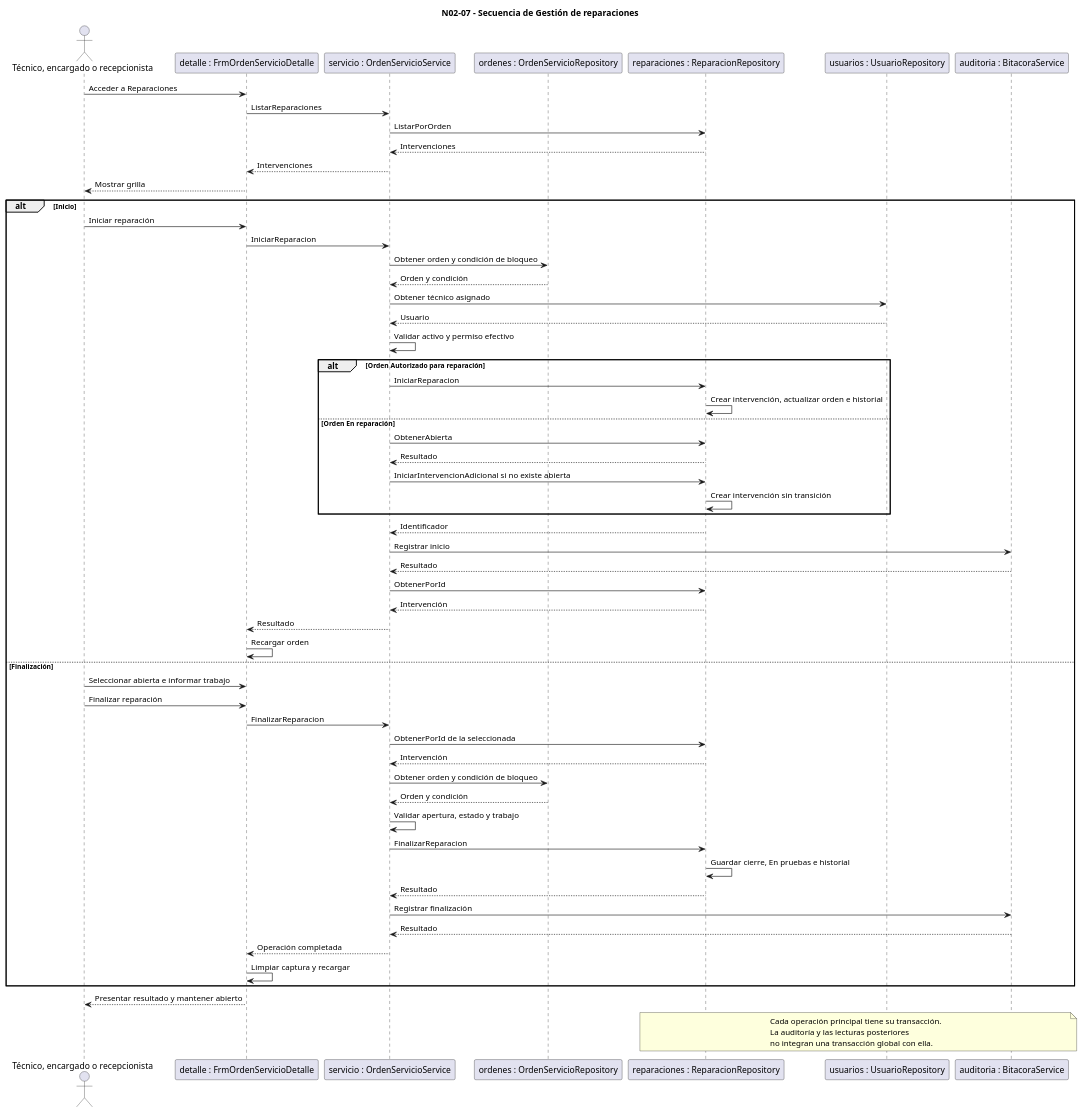
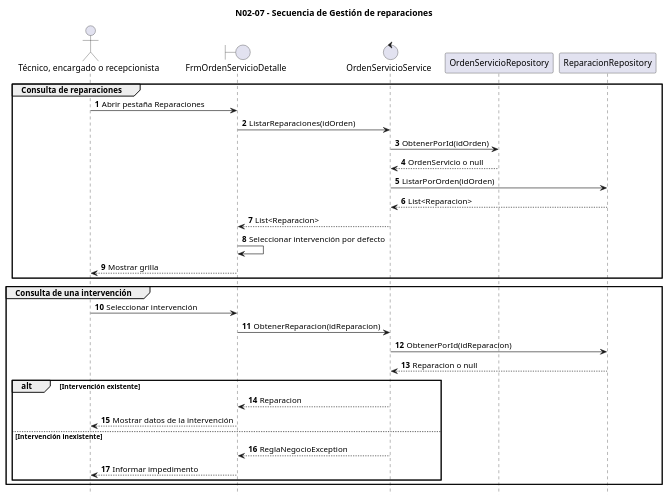
The diagram in diagrams/N/N07-gestionar-reparaciones/N02-secuencia.puml (alejoDiDiego/trabajo-diploma-servicio-tecnico), drawn with PlantUML before and after one commit. The commit also changed 156 other files, not shown here.

Commit message:
feat: completar tercera entrega con backups, ayuda y diagramas

```diff
--- a/diagrams/N/N07-gestionar-reparaciones/N02-secuencia.puml
+++ b/diagrams/N/N07-gestionar-reparaciones/N02-secuencia.puml
@@ -1,72 +1,34 @@
 @startuml
 title N02-07 - Secuencia de Gestión de reparaciones
-
+autonumber
+hide footbox
 actor "Técnico, encargado o recepcionista" as Operador
-participant "detalle : FrmOrdenServicioDetalle" as Detalle
-participant "servicio : OrdenServicioService" as Servicio
-participant "ordenes : OrdenServicioRepository" as Ordenes
-participant "reparaciones : ReparacionRepository" as Reparaciones
-participant "usuarios : UsuarioRepository" as Usuarios
-participant "auditoria : BitacoraService" as Auditoria
-
-Operador -> Detalle : Acceder a Reparaciones
-Detalle -> Servicio : ListarReparaciones
-Servicio -> Reparaciones : ListarPorOrden
-Reparaciones --> Servicio : Intervenciones
-Servicio --> Detalle : Intervenciones
-Detalle --> Operador : Mostrar grilla
-
-alt Inicio
-    Operador -> Detalle : Iniciar reparación
-    Detalle -> Servicio : IniciarReparacion
-    Servicio -> Ordenes : Obtener orden y condición de bloqueo
-    Ordenes --> Servicio : Orden y condición
-    Servicio -> Usuarios : Obtener técnico asignado
-    Usuarios --> Servicio : Usuario
-    Servicio -> Servicio : Validar activo y permiso efectivo
-
-    alt Orden Autorizado para reparación
-        Servicio -> Reparaciones : IniciarReparacion
-        Reparaciones -> Reparaciones : Crear intervención, actualizar orden e historial
-    else Orden En reparación
-        Servicio -> Reparaciones : ObtenerAbierta
-        Reparaciones --> Servicio : Resultado
-        Servicio -> Reparaciones : IniciarIntervencionAdicional si no existe abierta
-        Reparaciones -> Reparaciones : Crear intervención sin transición
+boundary FrmOrdenServicioDetalle as Detalle
+control OrdenServicioService
+participant OrdenServicioRepository
+participant ReparacionRepository
+group Consulta de reparaciones
+    Operador -> Detalle : Abrir pestaña Reparaciones
+    Detalle -> OrdenServicioService : ListarReparaciones(idOrden)
+    OrdenServicioService -> OrdenServicioRepository : ObtenerPorId(idOrden)
+    OrdenServicioRepository --> OrdenServicioService : OrdenServicio o null
+    OrdenServicioService -> ReparacionRepository : ListarPorOrden(idOrden)
+    ReparacionRepository --> OrdenServicioService : List<Reparacion>
+    OrdenServicioService --> Detalle : List<Reparacion>
+    Detalle -> Detalle : Seleccionar intervención por defecto
+    Detalle --> Operador : Mostrar grilla
+end
+group Consulta de una intervención
+    Operador -> Detalle : Seleccionar intervención
+    Detalle -> OrdenServicioService : ObtenerReparacion(idReparacion)
+    OrdenServicioService -> ReparacionRepository : ObtenerPorId(idReparacion)
+    ReparacionRepository --> OrdenServicioService : Reparacion o null
+    alt Intervención existente
+        OrdenServicioService --> Detalle : Reparacion
+        Detalle --> Operador : Mostrar datos de la intervención
+    else Intervención inexistente
+        OrdenServicioService --> Detalle : ReglaNegocioException
+        Detalle --> Operador : Informar impedimento
     end
-
-    Reparaciones --> Servicio : Identificador
-    Servicio -> Auditoria : Registrar inicio
-    Auditoria --> Servicio : Resultado
-    Servicio -> Reparaciones : ObtenerPorId
-    Reparaciones --> Servicio : Intervención
-    Servicio --> Detalle : Resultado
-    Detalle -> Detalle : Recargar orden
-
-else Finalización
-    Operador -> Detalle : Seleccionar abierta e informar trabajo
-    Operador -> Detalle : Finalizar reparación
-    Detalle -> Servicio : FinalizarReparacion
-    Servicio -> Reparaciones : ObtenerPorId de la seleccionada
-    Reparaciones --> Servicio : Intervención
-    Servicio -> Ordenes : Obtener orden y condición de bloqueo
-    Ordenes --> Servicio : Orden y condición
-    Servicio -> Servicio : Validar apertura, estado y trabajo
-    Servicio -> Reparaciones : FinalizarReparacion
-    Reparaciones -> Reparaciones : Guardar cierre, En pruebas e historial
-    Reparaciones --> Servicio : Resultado
-    Servicio -> Auditoria : Registrar finalización
-    Auditoria --> Servicio : Resultado
-    Servicio --> Detalle : Operación completada
-    Detalle -> Detalle : Limpiar captura y recargar
 end
-
-Detalle --> Operador : Presentar resultado y mantener abierto
-
-note over Reparaciones, Auditoria
-Cada operación principal tiene su transacción.
-La auditoría y las lecturas posteriores
-no integran una transacción global con ella.
-end note
-
 @enduml
```
